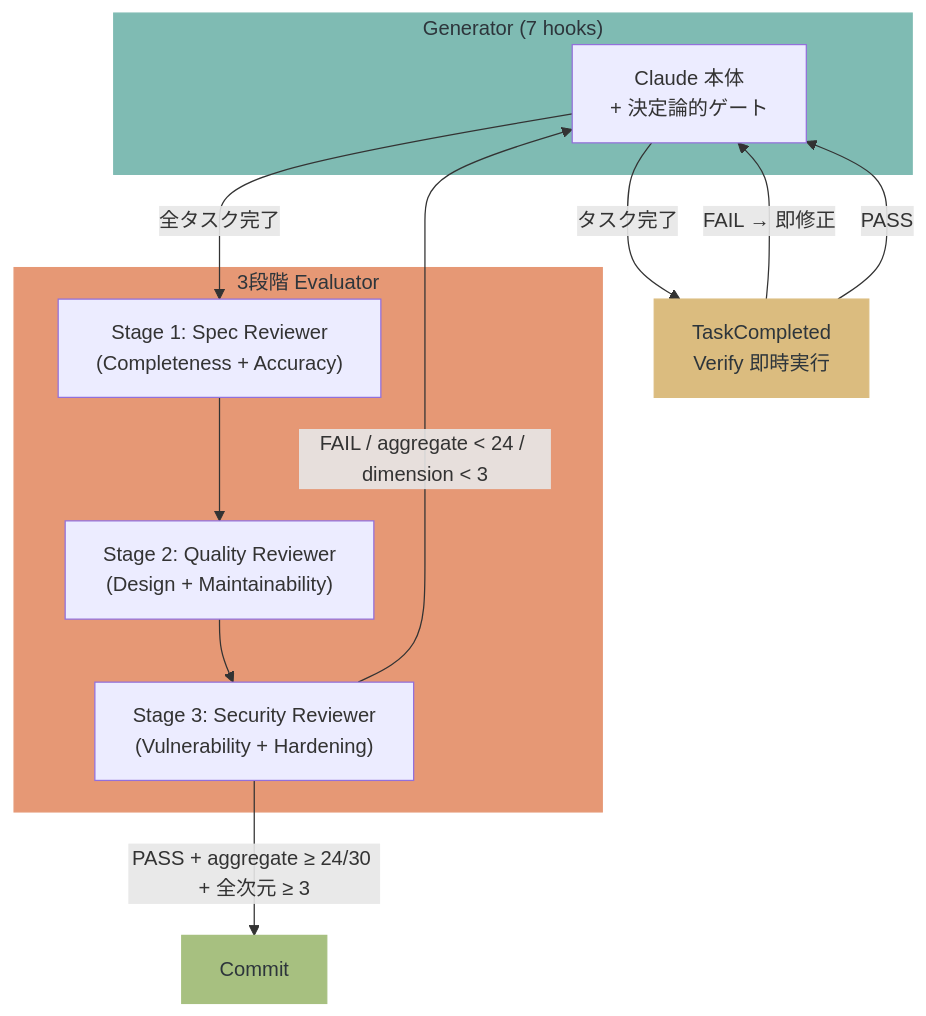
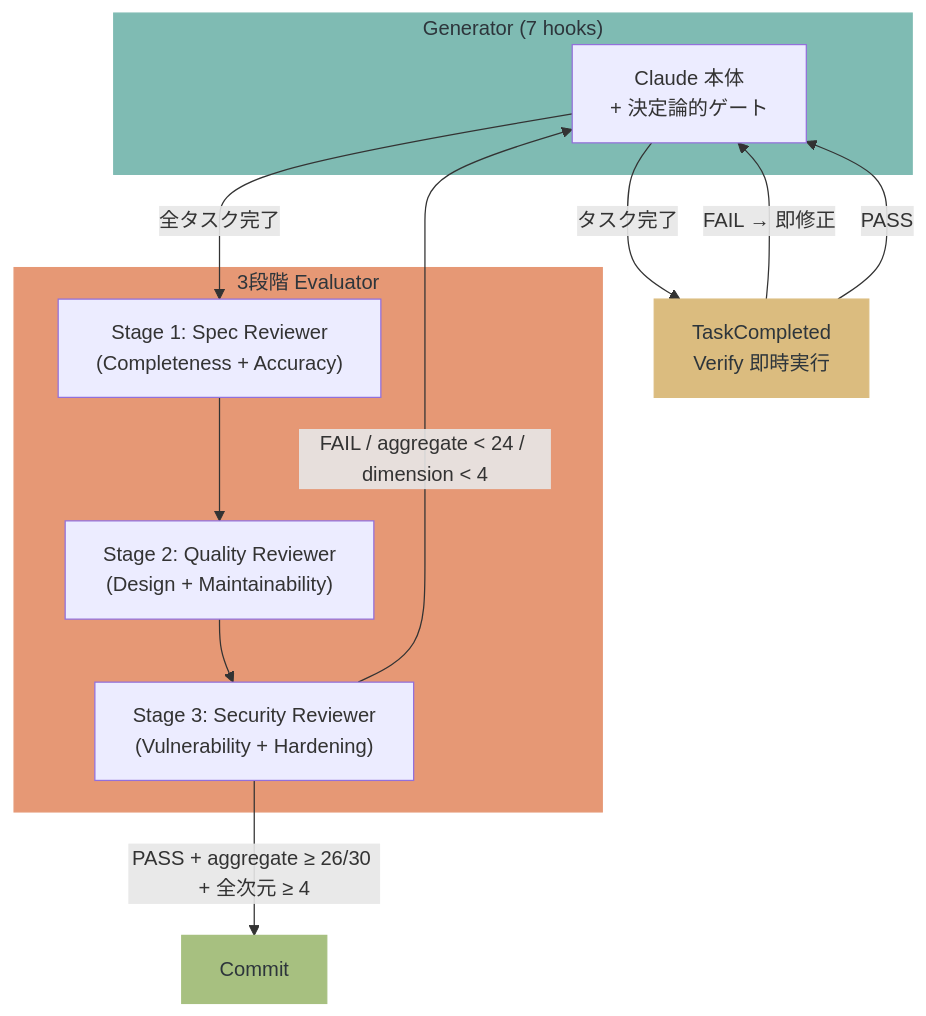
One commit to hir4ta/qult changed the second of 2 diagrams in README.ja.md. Above: the diagram before and after it, drawn with Mermaid. The commit also changed other lines of this file and 1 other file, not shown here.

````diff
--- a/README.ja.md
+++ b/README.ja.md
@@ -91,25 +91,25 @@
 ```mermaid
 flowchart TB
     subgraph Generator["Generator (7 hooks)"]
         Claude["Claude 本体\n+ 決定論的ゲート"]
     end
     subgraph Evaluator["3段階 Evaluator"]
         Spec["Stage 1: Spec Reviewer\n(Completeness + Accuracy)"]
         Quality["Stage 2: Quality Reviewer\n(Design + Maintainability)"]
         Security["Stage 3: Security Reviewer\n(Vulnerability + Hardening)"]
     end
 
     Claude -- "タスク完了" --> TV["TaskCompleted\nVerify 即時実行"]
     TV -- "FAIL → 即修正" --> Claude
     TV -- "PASS" --> Claude
     Claude -- "全タスク完了" --> Spec
     Spec --> Quality
     Quality --> Security
-    Security -- "FAIL / aggregate < 24 / dimension < 3" --> Claude
-    Security -- "PASS + aggregate ≥ 24/30 + 全次元 ≥ 3" --> Done["Commit"]
+    Security -- "FAIL / aggregate < 24 / dimension < 4" --> Claude
+    Security -- "PASS + aggregate ≥ 26/30 + 全次元 ≥ 4" --> Done["Commit"]
 
     style Generator fill:#7fbbb3,color:#2d353b,stroke:#7fbbb3
     style Evaluator fill:#e69875,color:#2d353b,stroke:#e69875
     style Done fill:#a7c080,color:#2d353b,stroke:#a7c080
     style TV fill:#dbbc7f,color:#2d353b,stroke:#dbbc7f
 ```
````
